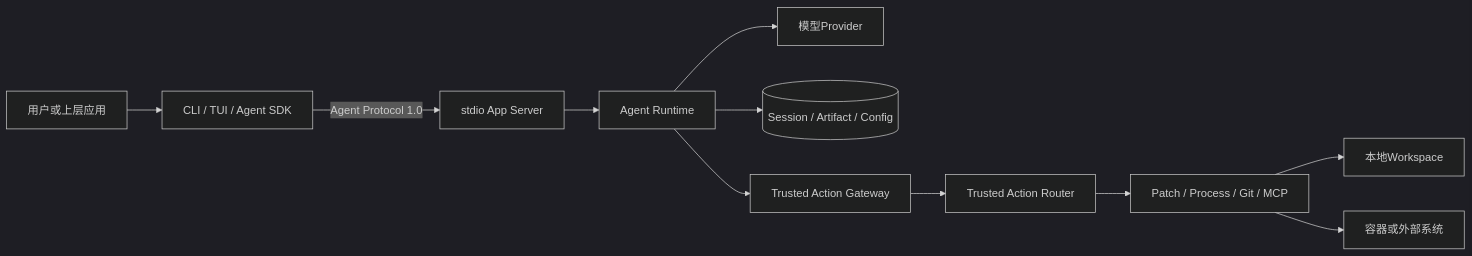
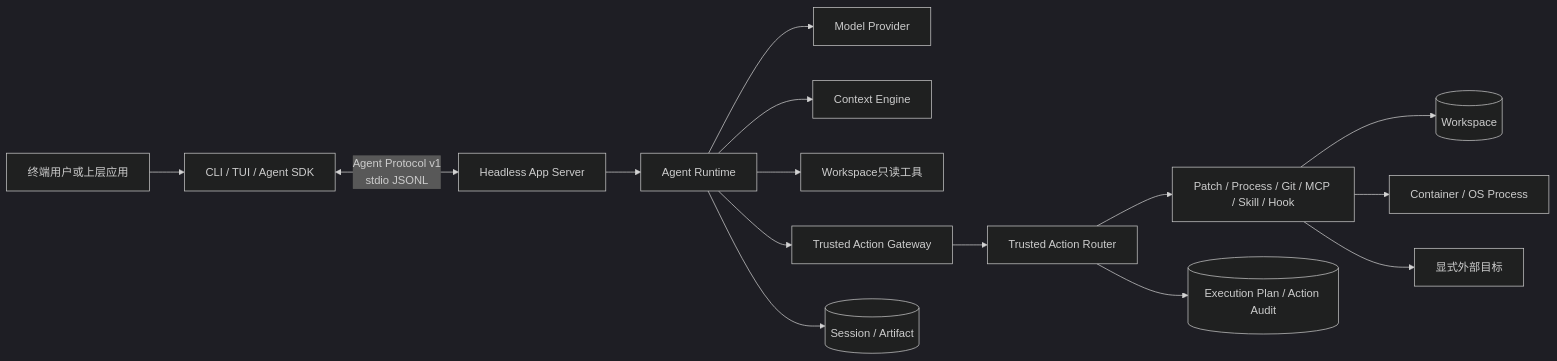
One commit to carrie1988/Harnessix changed the first of 7 diagrams in docs/architecture.md. Above: the diagram before and after it, drawn with Mermaid (dark theme). The commit also changed other lines of this file and 121 other files, not shown here.

````diff
--- a/docs/architecture.md
+++ b/docs/architecture.md
@@ -259,23 +130,17 @@
 ```mermaid
 flowchart LR
-    User[用户或上层应用]
-    Client[CLI / TUI / Agent SDK]
-    Product[stdio App Server]
-    Agent[Agent Runtime]
-    Provider[模型Provider]
-    Session[(Session / Artifact / Config)]
-    Gateway[Trusted Action Gateway]
-    Router[Trusted Action Router]
-    Executors[Patch / Process / Git / MCP]
-    Workspace[本地Workspace]
-    External[容器或外部系统]
-
-    User --> Client
-    Client -->|Agent Protocol 1.0| Product
-    Product --> Agent
-    Agent --> Provider
-    Agent --> Session
-    Agent --> Gateway --> Router --> Executors
-    Executors --> Workspace
-    Executors --> External
+    User[终端用户或上层应用] --> Client[CLI / TUI / Agent SDK]
+    Client <-->|Agent Protocol v1<br/>stdio JSONL| Server[Headless App Server]
+    Server --> Agent[Agent Runtime]
+    Agent --> Provider[Model Provider]
+    Agent --> Context[Context Engine]
+    Agent --> ReadTools[Workspace只读工具]
+    Agent --> Gateway[Trusted Action Gateway]
+    Gateway --> Router[Trusted Action Router]
+    Router --> Executors[Patch / Process / Git / MCP / Skill / Hook]
+    Executors --> Workspace[(Workspace)]
+    Executors --> Container[Container / OS Process]
+    Executors --> External[显式外部目标]
+    Agent --> State[(Session / Artifact)]
+    Router --> Plans[(Execution Plan / Action Audit)]
 ```
````
